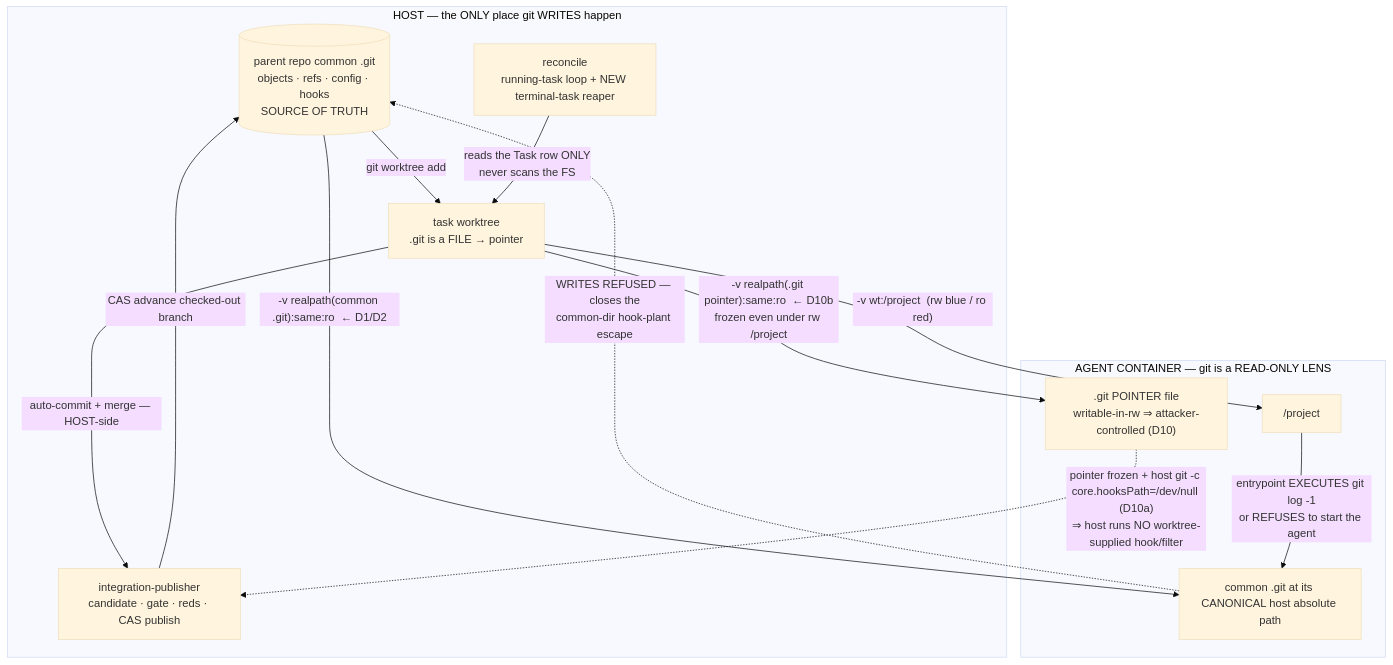
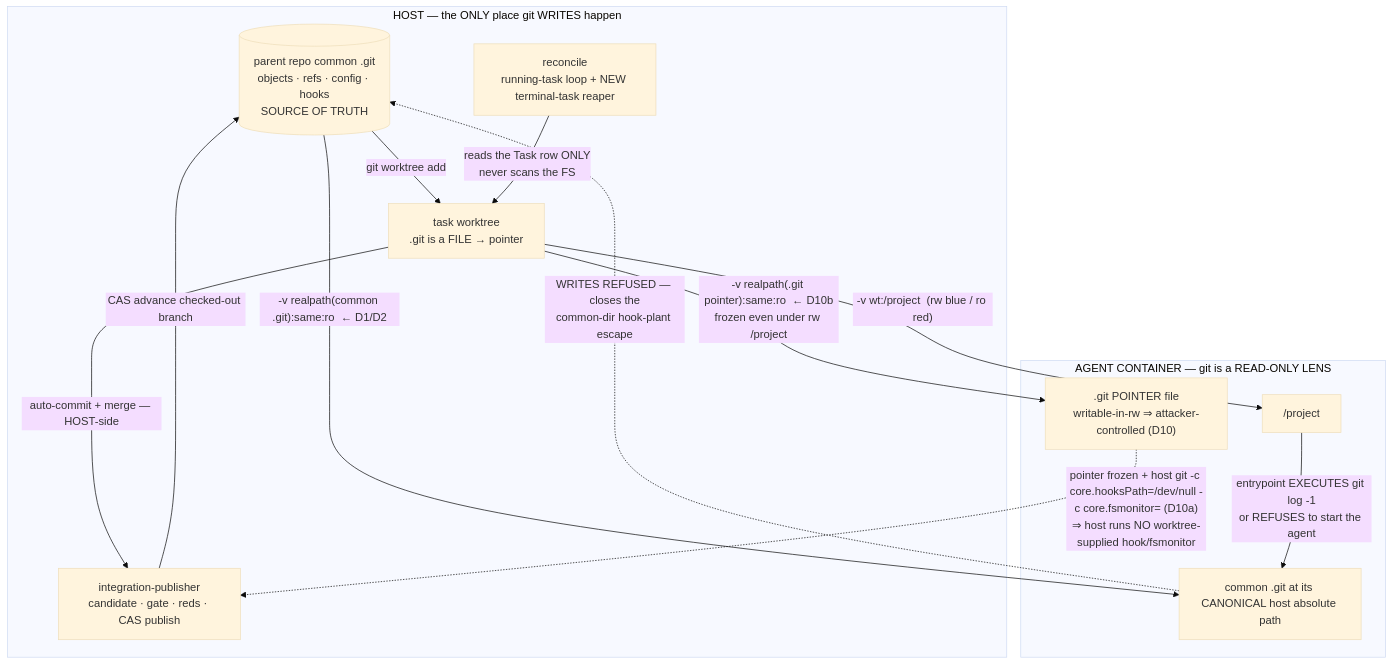
Before and after one commit to stevebargelt/forge: the diagram in docs/prds/agent-workspace-isolation.md, drawn with Mermaid (base theme). The commit also changed other lines of this file, not shown here.

First line of the commit message:
docs(prd): lane A narrow-review fixes — reaper {complete,failed} only; D10a covers changedWorktreeFiles + fsmonitor

````diff
--- a/docs/prds/agent-workspace-isolation.md
+++ b/docs/prds/agent-workspace-isolation.md
@@ -529,24 +547,24 @@
 ```mermaid
 graph TD
   subgraph HOST["HOST — the ONLY place git WRITES happen"]
     REPO[("parent repo common .git<br/>objects · refs · config · hooks<br/>SOURCE OF TRUTH")]
     WT["task worktree<br/>.git is a FILE → pointer"]
     PUB["integration-publisher<br/>candidate · gate · reds · CAS publish"]
     REC["reconcile<br/>running-task loop + NEW terminal-task reaper"]
     REPO -->|"git worktree add"| WT
     WT -->|"auto-commit + merge — HOST-side"| PUB
     PUB -->|"CAS advance checked-out branch"| REPO
     REC -->|"reads the Task row ONLY<br/>never scans the FS"| WT
   end
   subgraph CTR["AGENT CONTAINER — git is a READ-ONLY LENS"]
     PROJ["/project"]
     PTR[".git POINTER file<br/>writable-in-rw ⇒ attacker-controlled (D10)"]
     GIT["common .git at its CANONICAL host absolute path"]
   end
   WT -->|"-v wt:/project  (rw blue / ro red)"| PROJ
   WT -->|"-v realpath(.git pointer):same:ro  ← D10b<br/>frozen even under rw /project"| PTR
   REPO -->|"-v realpath(common .git):same:ro  ← D1/D2"| GIT
   GIT -.->|"WRITES REFUSED — closes the<br/>common-dir hook-plant escape"| REPO
-  PTR -.->|"pointer frozen + host git -c core.hooksPath=/dev/null (D10a)<br/>⇒ host runs NO worktree-supplied hook/filter"| PUB
+  PTR -.->|"pointer frozen + host git -c core.hooksPath=/dev/null -c core.fsmonitor= (D10a)<br/>⇒ host runs NO worktree-supplied hook/fsmonitor"| PUB
   PROJ -->|"entrypoint EXECUTES git log -1<br/>or REFUSES to start the agent"| GIT
 ```
````
